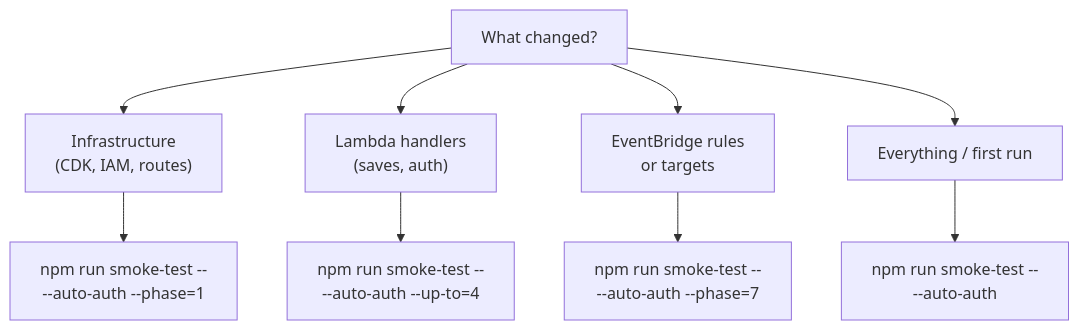
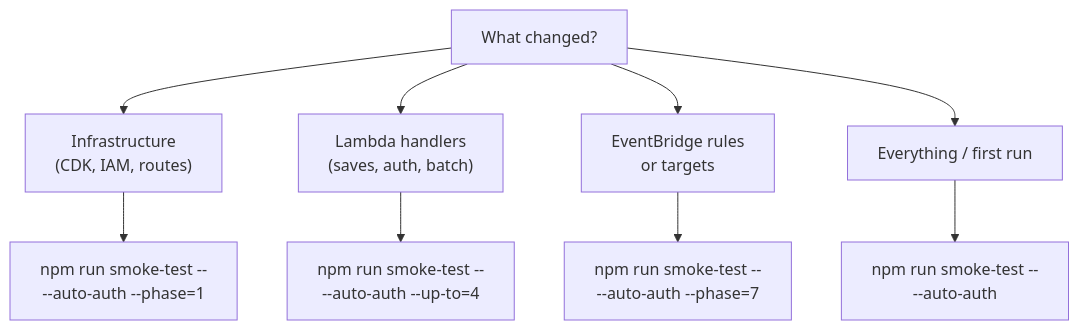
The diagram in docs/smoke-test-guide.md (cirruslycurious/ai-learning-hub), drawn with Mermaid before and after one commit. The commit also changed other lines of this file and 5 other files, not shown here.

First line of the commit message:
docs: update smoke test docs to 48 scenarios, add architecture layer docs

````diff
--- a/docs/smoke-test-guide.md
+++ b/docs/smoke-test-guide.md
@@ -217,13 +241,13 @@
 ```mermaid
 flowchart TD
     Q["What changed?"]
     Q --> A["Infrastructure<br/>(CDK, IAM, routes)"]
-    Q --> B["Lambda handlers<br/>(saves, auth)"]
+    Q --> B["Lambda handlers<br/>(saves, auth, batch)"]
     Q --> C["EventBridge rules<br/>or targets"]
     Q --> D["Everything / first run"]
 
     A --> A1["npm run smoke-test --<br/>--auto-auth --phase=1"]
     B --> B1["npm run smoke-test --<br/>--auto-auth --up-to=4"]
     C --> C1["npm run smoke-test --<br/>--auto-auth --phase=7"]
     D --> D1["npm run smoke-test --<br/>--auto-auth"]
 ```
````
